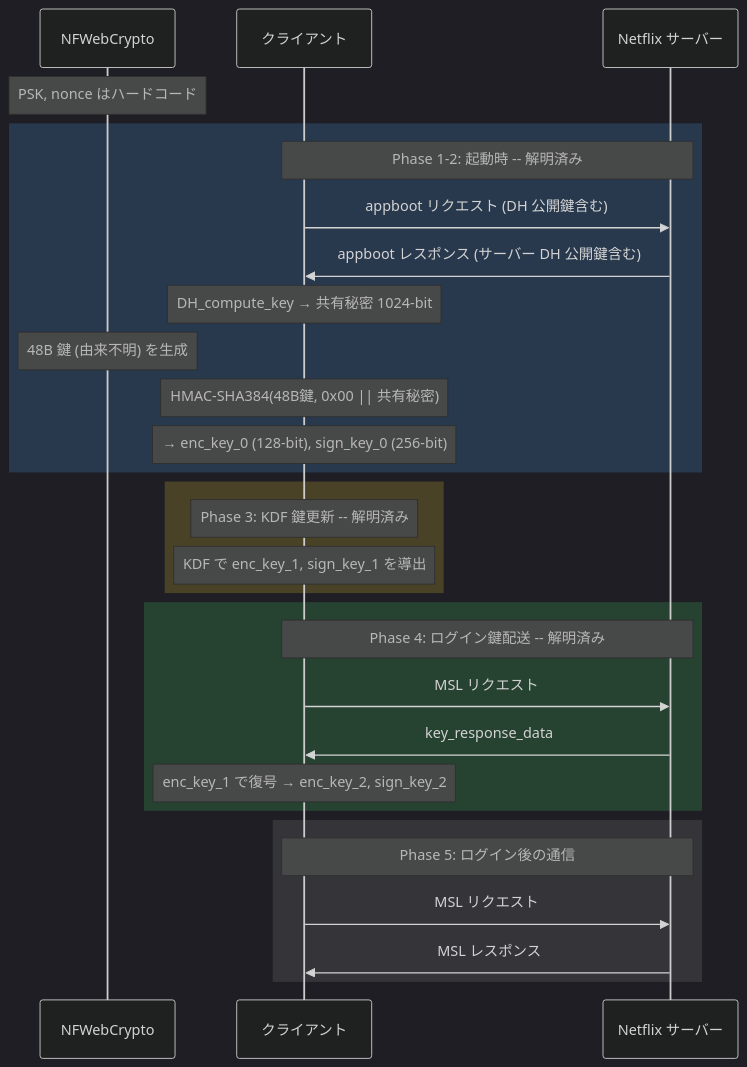
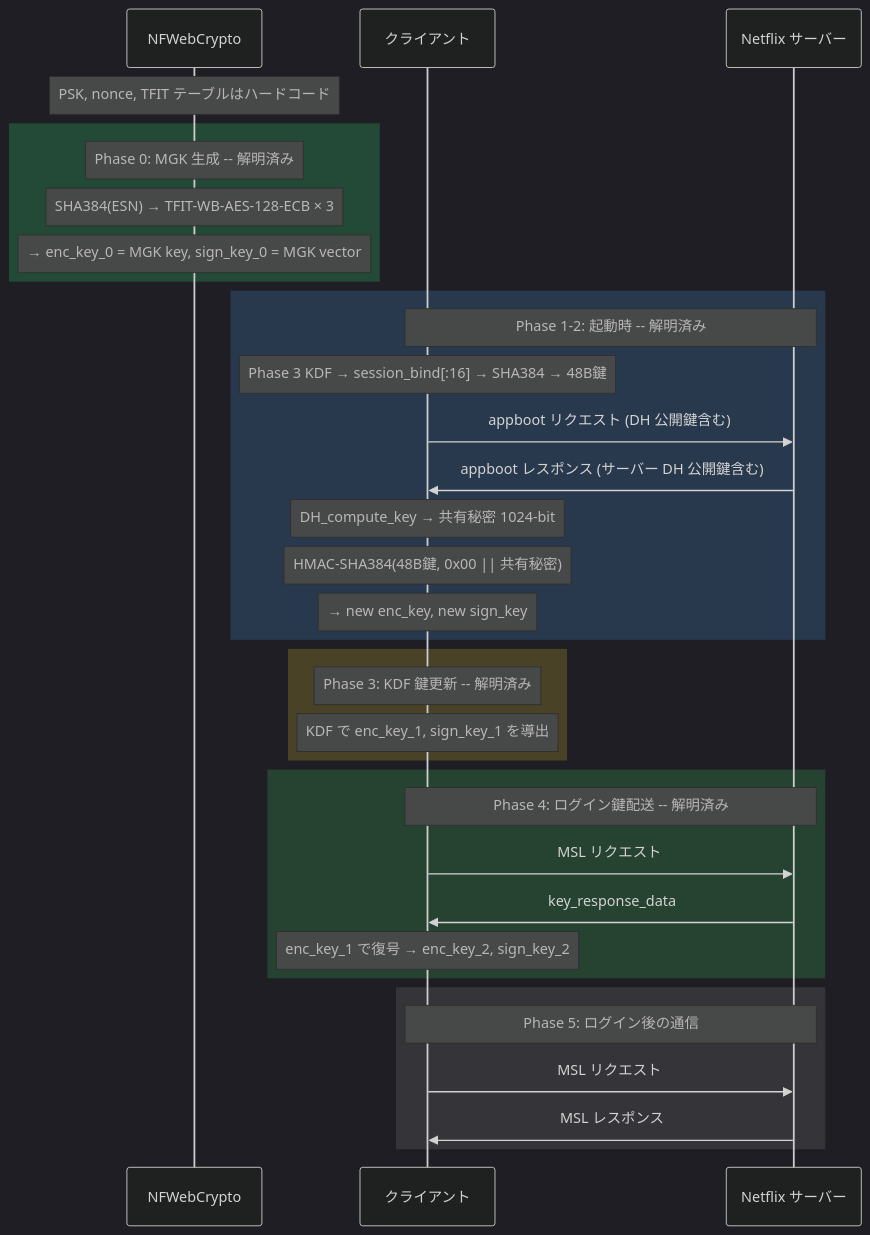
Before and after one commit to qtmleap/revkit: the second of 5 diagrams in docs/spec/msl_key_relationship.md, drawn with Mermaid. The commit also changed other lines of this file, not shown here.

First line of the commit message:
docs(spec): 鍵関係図を全面更新 — Phase 0 (MGK) 追加、全鍵を緑(解明済み)に

````diff
--- a/docs/spec/msl_key_relationship.md
+++ b/docs/spec/msl_key_relationship.md
@@ -119,37 +131,43 @@
 ```mermaid
 %%{init: {'theme': 'dark'}}%%
 sequenceDiagram
     participant B as NFWebCrypto
     participant C as クライアント
     participant S as Netflix サーバー
 
-    Note over B: PSK, nonce はハードコード
+    Note over B: PSK, nonce, TFIT テーブルはハードコード
+
+    rect rgba(46, 204, 113, 0.25)
+    Note over B: Phase 0: MGK 生成 -- 解明済み
+    Note over B: SHA384(ESN) → TFIT-WB-AES-128-ECB × 3
+    Note over B: → enc_key_0 = MGK key, sign_key_0 = MGK vector
+    end
 
     rect rgba(70, 130, 200, 0.25)
     Note over C,S: Phase 1-2: 起動時 -- 解明済み
+    Note over C: Phase 3 KDF → session_bind[:16] → SHA384 → 48B鍵
     C->>S: appboot リクエスト (DH 公開鍵含む)
     S->>C: appboot レスポンス (サーバー DH 公開鍵含む)
     Note over C: DH_compute_key → 共有秘密 1024-bit
-    Note over B: 48B 鍵 (由来不明) を生成
     Note over C: HMAC-SHA384(48B鍵, 0x00 || 共有秘密)
-    Note over C: → enc_key_0 (128-bit), sign_key_0 (256-bit)
+    Note over C: → new enc_key, new sign_key
     end
 
     rect rgba(200, 170, 50, 0.25)
     Note over C: Phase 3: KDF 鍵更新 -- 解明済み
     Note over C: KDF で enc_key_1, sign_key_1 を導出
     end
 
     rect rgba(60, 170, 90, 0.25)
     Note over C,S: Phase 4: ログイン鍵配送 -- 解明済み
     C->>S: MSL リクエスト
     S->>C: key_response_data
     Note over C: enc_key_1 で復号 → enc_key_2, sign_key_2
     end
 
     rect rgba(140, 140, 140, 0.2)
     Note over C,S: Phase 5: ログイン後の通信
     C->>S: MSL リクエスト
     S->>C: MSL レスポンス
     end
 ```
````
